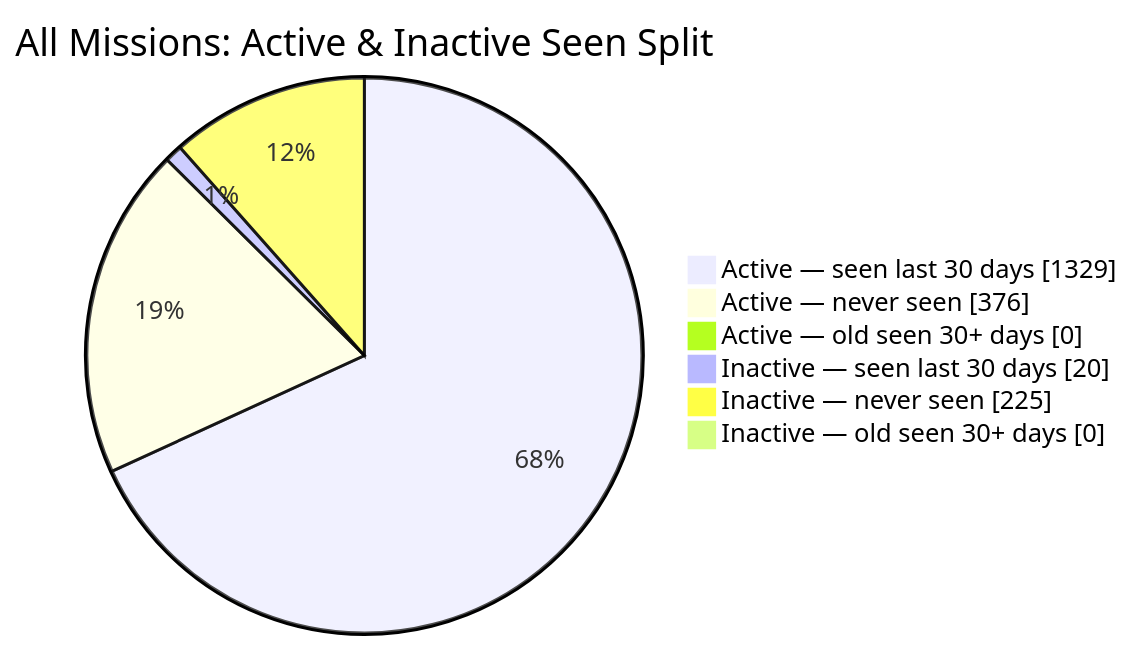
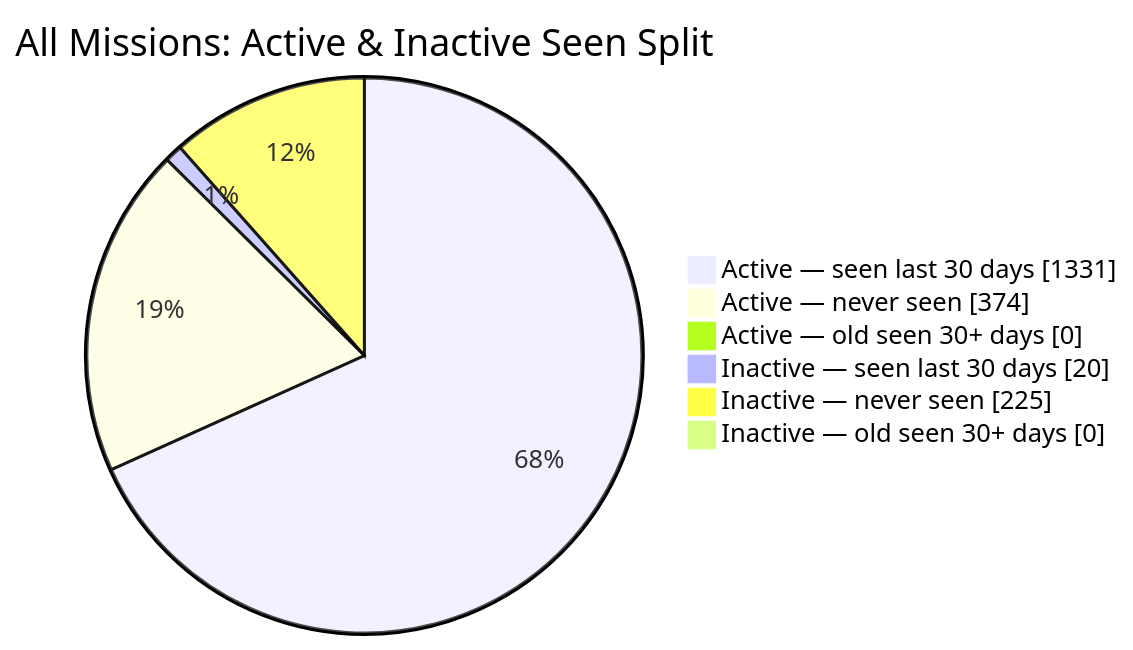
Before and after one commit to MeldkamerspelGameTeam/active-missions: the second of 2 diagrams in README.md, drawn with Mermaid. The commit also changed other lines of this file and 2 other files, not shown here.

````diff
--- a/README.md
+++ b/README.md
@@ -44,10 +44,10 @@
 ```mermaid
 pie showData
     title All Missions: Active & Inactive Seen Split
-    "Active — seen last 30 days" : 1329
-    "Active — never seen" : 376
+    "Active — seen last 30 days" : 1331
+    "Active — never seen" : 374
     "Active — old seen 30+ days" : 0
     "Inactive — seen last 30 days" : 20
     "Inactive — never seen" : 225
     "Inactive — old seen 30+ days" : 0
 ```
````
